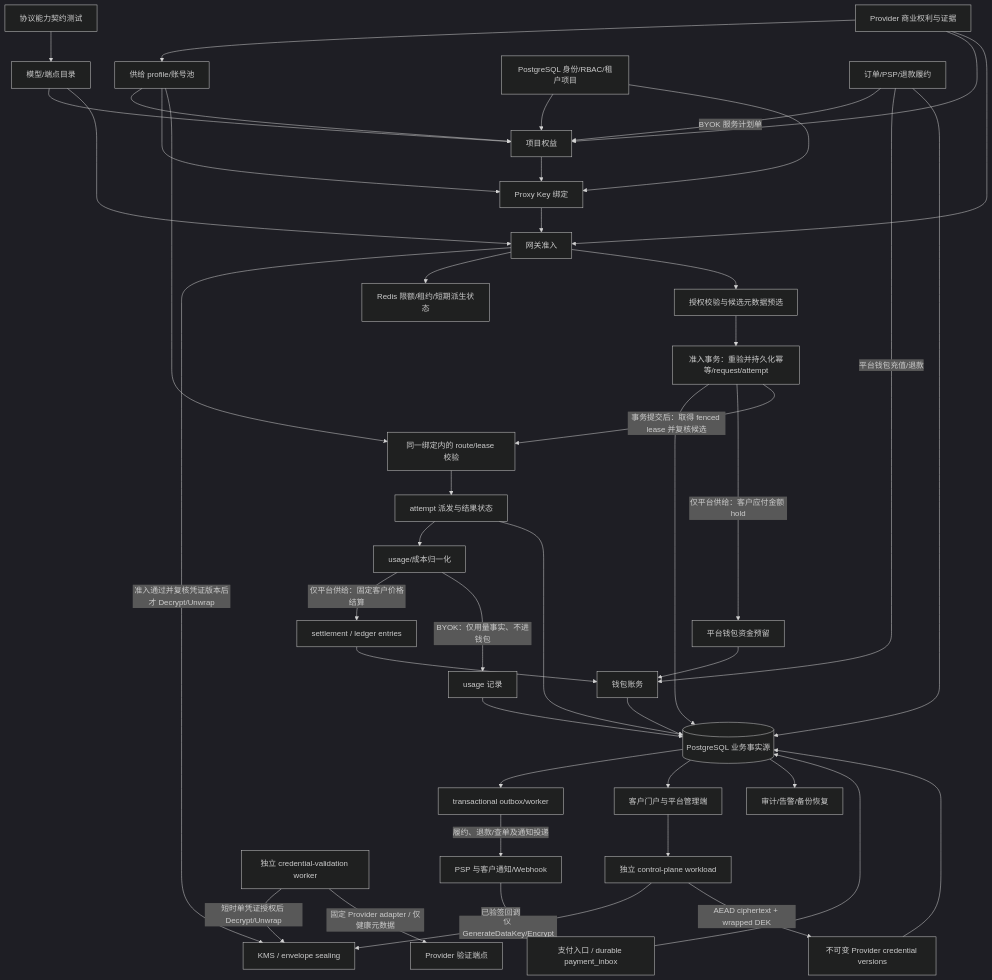
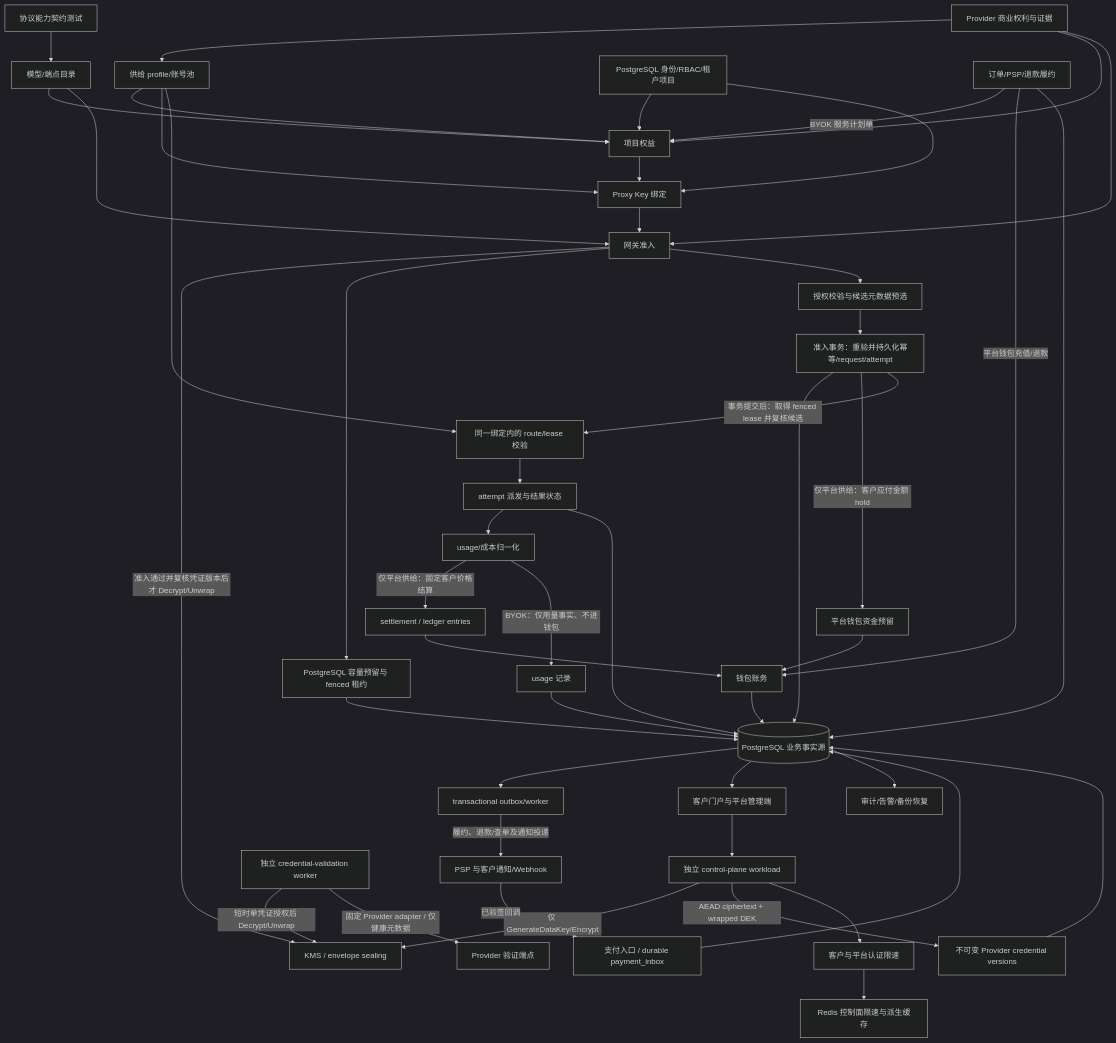
Before and after one commit to elex-fu/model-router: the second of 2 diagrams in docs/sub2api-commercialization-integration-plan.md, drawn with Mermaid (dark theme). The commit also changed other lines of this file and 2 other files, not shown here.

````diff
--- a/docs/sub2api-commercialization-integration-plan.md
+++ b/docs/sub2api-commercialization-integration-plan.md
@@ -299,47 +326,50 @@
 ```mermaid
 flowchart TD
   Protocol[协议能力契约测试] --> Catalog[模型/端点目录]
   Rights[Provider 商业权利与证据] --> Supply[供给 profile/账号池]
   Identity[PostgreSQL 身份/RBAC/租户项目] --> Entitlement[项目权益]
   Catalog --> Entitlement
   Rights --> Entitlement
   Supply --> Entitlement
   Payments[订单/PSP/退款履约] -->|BYOK 服务计划单| Entitlement
   Payments -->|平台钱包充值/退款| Billing[钱包账务]
   Supply --> Key[Proxy Key 绑定]
   Entitlement --> Key
   Identity --> Key
   Portals[客户门户与平台管理端] --> Control[独立 control-plane workload]
   Control -->|仅 GenerateDataKey/Encrypt| KMS[KMS / envelope sealing]
   Control -->|AEAD ciphertext + wrapped DEK| SecretVersions[不可变 Provider credential versions]
   SecretVersions --> PG
   Validation[独立 credential-validation worker] -->|短时单凭证授权后 Decrypt/Unwrap| KMS
   Validation -->|固定 Provider adapter / 仅健康元数据| ProviderCheck[Provider 验证端点]
   Gateway[独立 gateway workload] -->|准入通过并复核凭证版本后才 Decrypt/Unwrap| KMS
   Key --> Gateway[网关准入]
   Catalog --> Gateway
   Rights --> Gateway
-  Gateway --> Redis[Redis 限额/租约/短期派生状态]
+  Gateway --> Capacity[PostgreSQL 容量预留与 fenced 租约]
+  Capacity --> PG
+  Control --> AuthRate[客户与平台认证限速]
+  AuthRate --> Redis[Redis 控制面限速与派生缓存]
   Gateway --> Candidate[授权校验与候选元数据预选]
   Candidate --> Admission[准入事务：重验并持久化幂等/request/attempt]
   Admission --> PG
   Admission -->|仅平台供给：客户应付金额 hold| WalletHold[平台钱包资金预留]
   WalletHold --> Billing
   Admission -->|事务提交后：取得 fenced lease 并复核候选| Route[同一绑定内的 route/lease 校验]
   Supply --> Route
   Route --> Attempt[attempt 派发与结果状态]
   Attempt --> Meter[usage/成本归一化]
   Meter -->|仅平台供给：固定客户价格结算| Settlement[settlement / ledger entries]
   Settlement --> Billing
   Meter -->|BYOK：仅用量事实、不进钱包| ByokUsage[usage 记录]
   ByokUsage --> PG
   Billing --> PG[(PostgreSQL 业务事实源)]
   Attempt --> PG
   Payments --> PG
   PG --> Outbox[transactional outbox/worker]
   PSP -->|已验签回调| Inbox[支付入口 / durable payment_inbox]
   Inbox --> PG
   Outbox -->|履约、退款/查单及通知投递| PSP[PSP 与客户通知/Webhook]
   PG --> Portals
   PG --> Ops[审计/告警/备份恢复]
 ```
````
